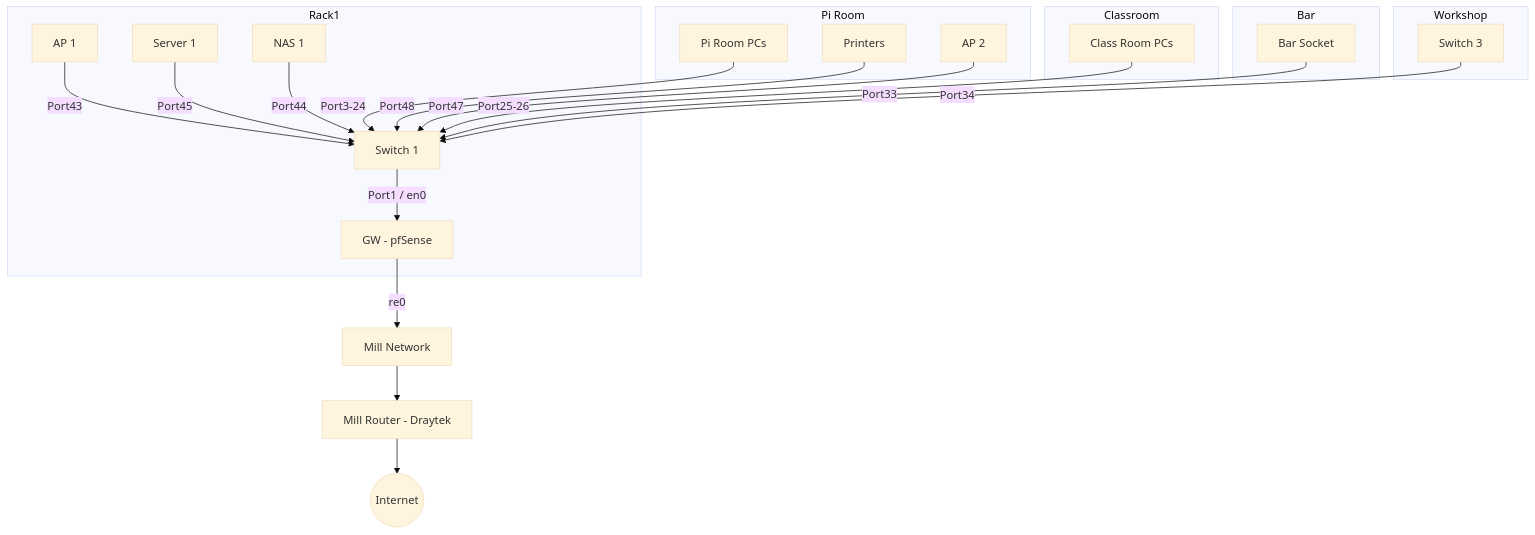
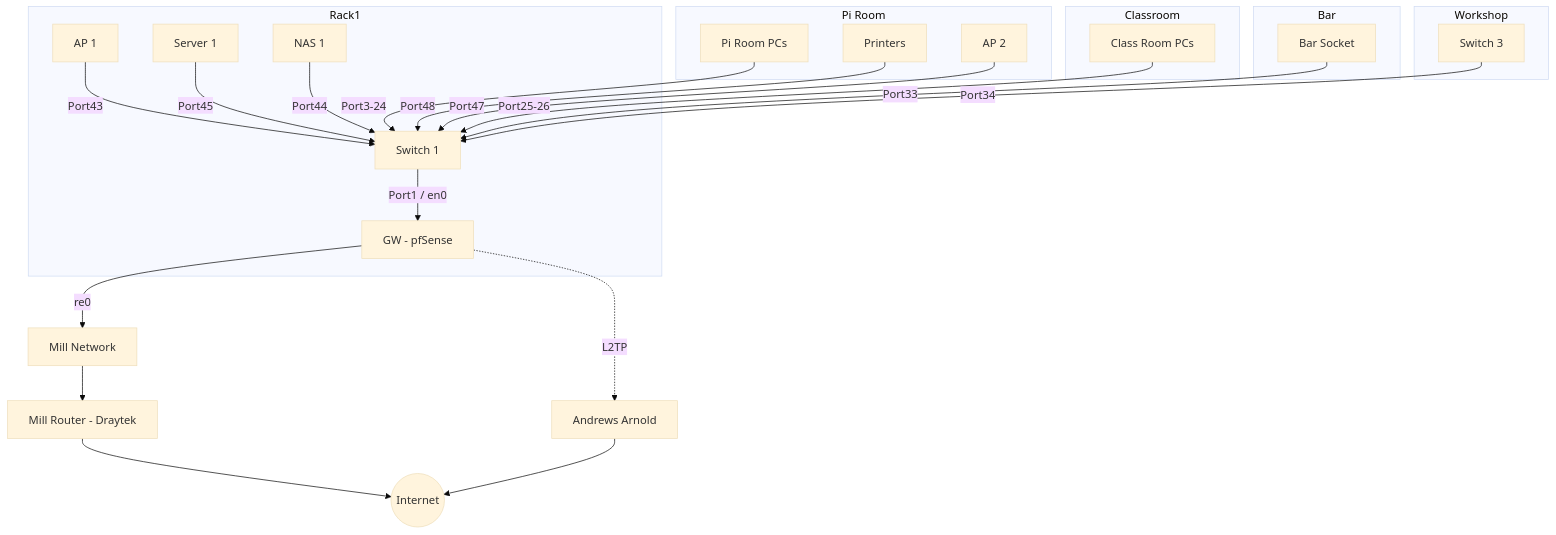
One commit to leigh-hackspace/HackspaceWiki changed the first of 2 diagrams in docs/infrastructure/network_layout.md. Above: the diagram before and after it, drawn with Mermaid (base theme).

Commit message:
Add AAISP route

````diff
--- a/docs/infrastructure/network_layout.md
+++ b/docs/infrastructure/network_layout.md
@@ -20,31 +20,33 @@
 ```mermaid
 graph 
     subgraph Rack1
     GW[GW - pfSense] 
     AP[AP 1] -->|Port43| SWITCH1
     SWITCH1[Switch 1] -->|Port1 / en0| GW
     SERVER1[Server 1] -->|Port45| SWITCH1
     NAS1[NAS 1] --> |Port44| SWITCH1
     end
 
     GW -->|re0| MILL
+    GW -. L2TP .-> AAISP
     MILL[Mill Network] --> MILLROUTER[Mill Router - Draytek] --> INTERNET((Internet))
+    AAISP[Andrews Arnold] --> INTERNET
     
     subgraph Pi Room
     PIROOMPC[Pi Room PCs] -->|Port3-24| SWITCH1
     PRINTERS[Printers] -->|Port48| SWITCH1
     PIROOMAP[AP 2] --> |Port47| SWITCH1
     end
 
     subgraph Classroom
     CLASSROOMPC[Class Room PCs] -->|Port25-26| SWITCH1
     end
     
     subgraph Bar
     BAR[Bar Socket] -->|Port33| SWITCH1
     end
     
     subgraph Workshop
     SWITCH3[Switch 3] -->|Port34| SWITCH1
     end
 ```
````
